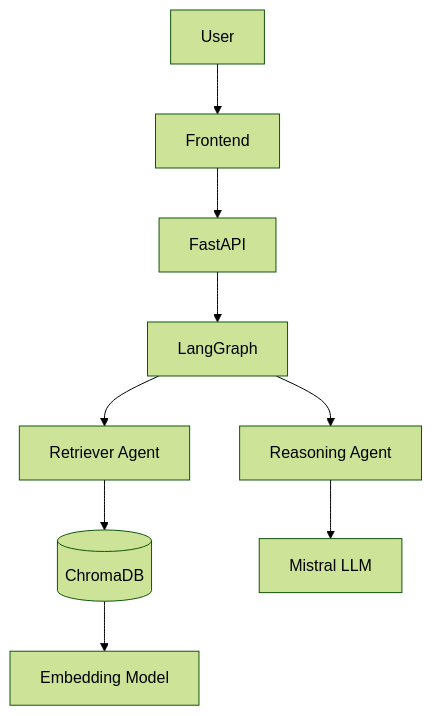
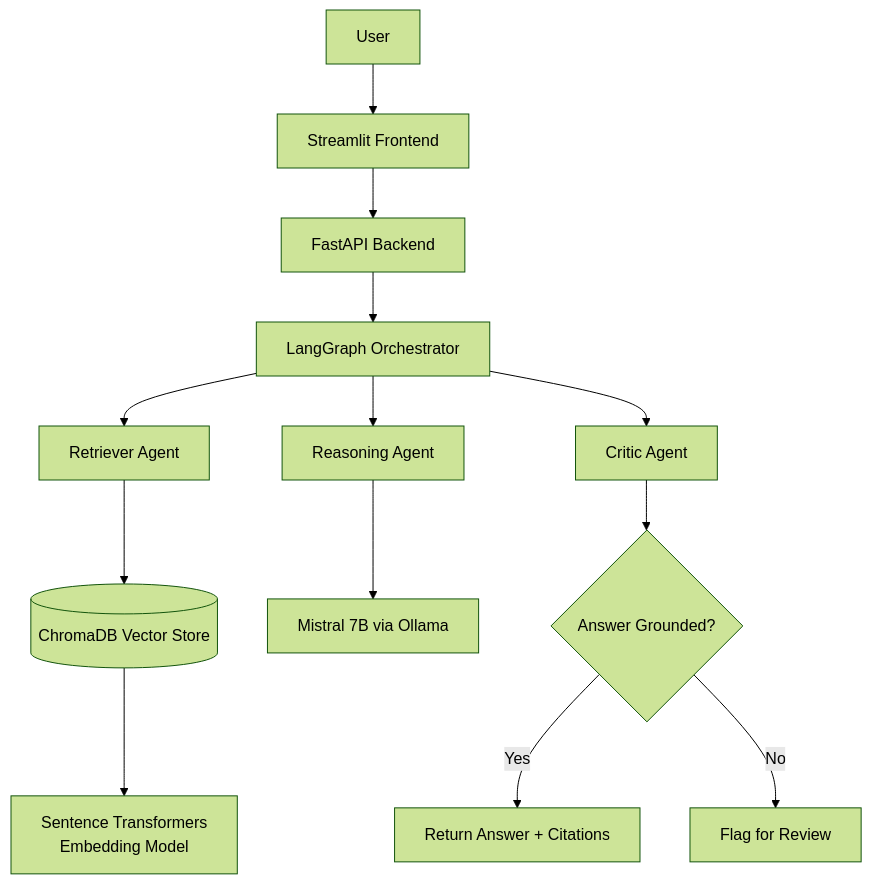
Before and after one commit to Yazan-ys202110319/Multi-Agent-RAG-System: the diagram in README.md, drawn with Mermaid (forest theme). The commit also changed other lines of this file, not shown here.

````diff
--- a/README.md
+++ b/README.md
@@ -7,16 +32,15 @@
 ```mermaid
 flowchart TD
-
-    A[User] --> B[Frontend]
-    B --> C[FastAPI]
-    C --> D[LangGraph]
-
+    A[User] --> B[Streamlit Frontend]
+    B --> C[FastAPI Backend]
+    C --> D[LangGraph Orchestrator]
     D --> E[Retriever Agent]
     D --> F[Reasoning Agent]
-
-    E --> G[(ChromaDB)]
-
-    G --> H[Embedding Model]
-
-    F --> I[Mistral LLM]
+    D --> G[Critic Agent]
+    E --> H[(ChromaDB Vector Store)]
+    H --> I[Sentence Transformers\nEmbedding Model]
+    F --> J[Mistral 7B via Ollama]
+    G --> K{Answer Grounded?}
+    K -->|Yes| L[Return Answer + Citations]
+    K -->|No| M[Flag for Review]
 ```
````
